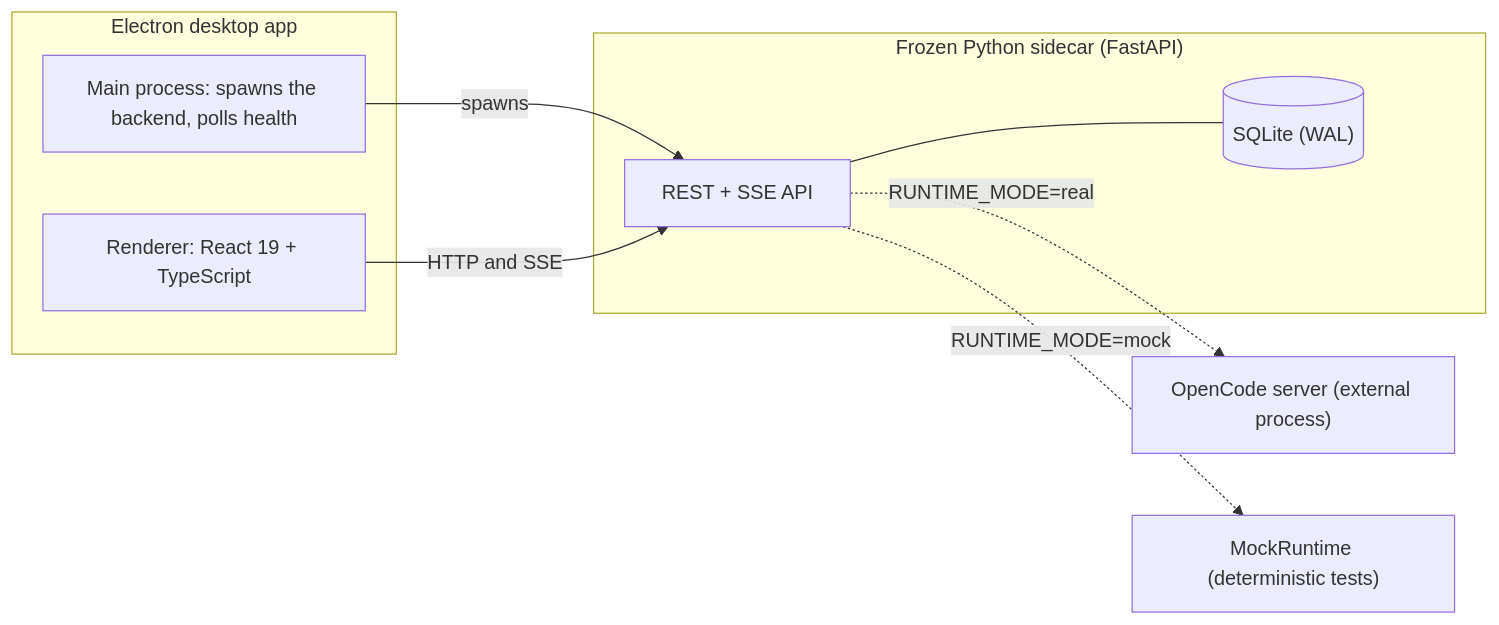
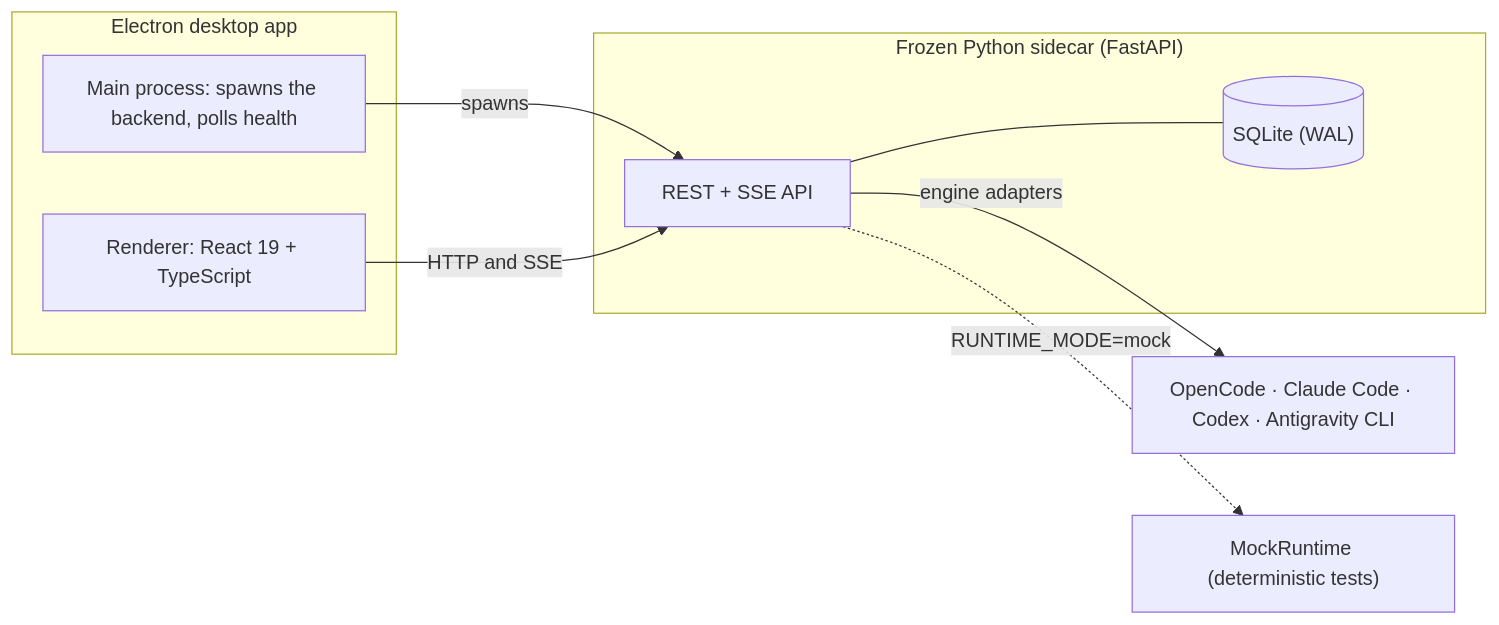
Before and after one commit to yossefbehairy/Loqman: the first of 4 diagrams in README.md, drawn with Mermaid. The commit also changed other lines of this file and 245 other files, not shown here.

````diff
--- a/README.md
+++ b/README.md
@@ -31,18 +31,18 @@
 ```mermaid
 flowchart LR
     subgraph Desktop["Electron desktop app"]
         Main["Main process: spawns the backend, polls health"]
         Renderer["Renderer: React 19 + TypeScript"]
     end
     subgraph Sidecar["Frozen Python sidecar (FastAPI)"]
         API["REST + SSE API"]
         DB[("SQLite (WAL)")]
         API --- DB
     end
-    OpenCode["OpenCode server (external process)"]
+    Engines["OpenCode · Claude Code · Codex · Antigravity CLI"]
     Mock["MockRuntime (deterministic tests)"]
     Main -->|spawns| API
     Renderer -->|"HTTP and SSE"| API
-    API -.->|"RUNTIME_MODE=real"| OpenCode
+    API -->|"engine adapters"| Engines
     API -.->|"RUNTIME_MODE=mock"| Mock
 ```
````
